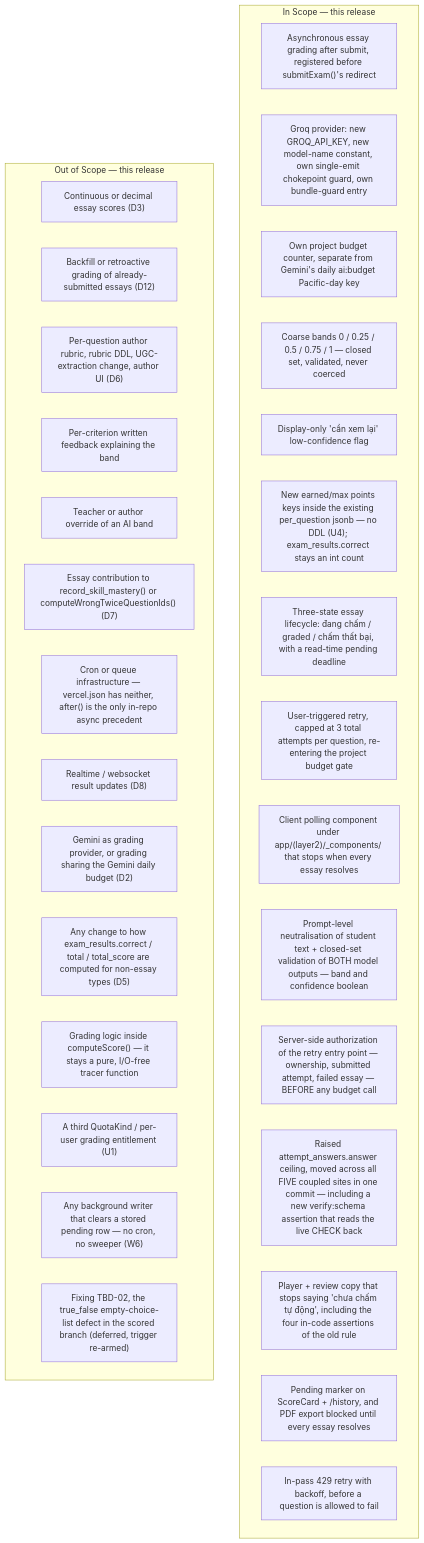
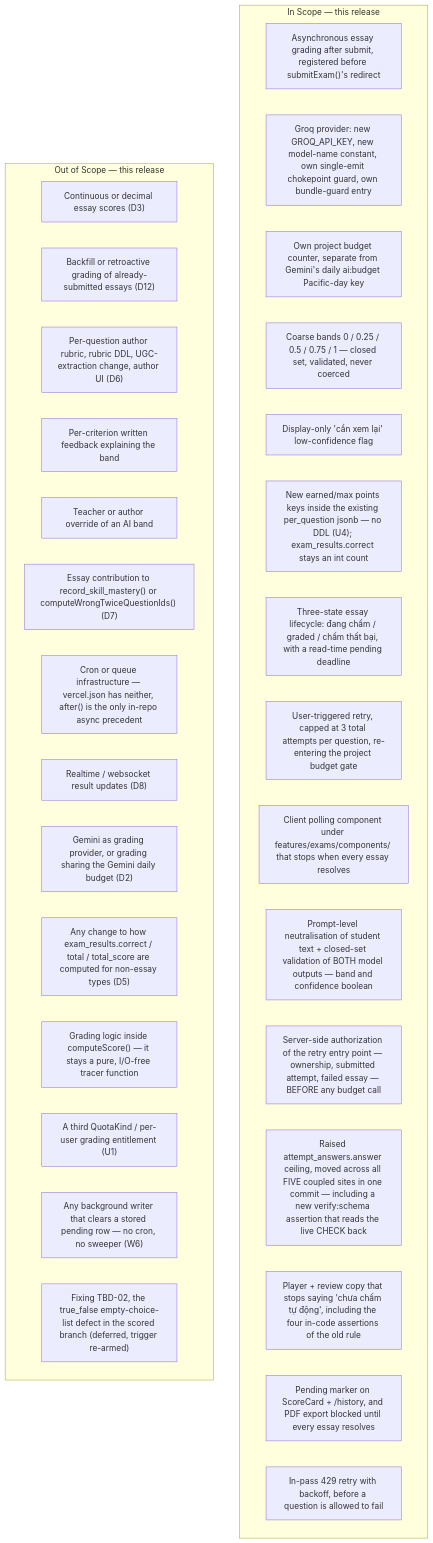
The second of 2 diagrams in docs/prd/essay-auto-scoring-prd.md (undetecteddeveloper/MS-MOLAR), drawn with Mermaid before and after one commit. The commit also changed other lines of this file and 142 other files, not shown here.

````diff
--- a/docs/prd/essay-auto-scoring-prd.md
+++ b/docs/prd/essay-auto-scoring-prd.md
@@ -219,36 +219,36 @@
 ```mermaid
 flowchart TB
     subgraph IN["In Scope — this release"]
         A["Asynchronous essay grading after submit, registered before submitExam()'s redirect"]
         B["Groq provider: new GROQ_API_KEY, new model-name constant, own single-emit chokepoint guard, own bundle-guard entry"]
         C["Own project budget counter, separate from Gemini's daily ai:budget Pacific-day key"]
         D["Coarse bands 0 / 0.25 / 0.5 / 0.75 / 1 — closed set, validated, never coerced"]
         E["Display-only 'cần xem lại' low-confidence flag"]
         F["New earned/max points keys inside the existing per_question jsonb — no DDL (U4); exam_results.correct stays an int count"]
         G["Three-state essay lifecycle: đang chấm / graded / chấm thất bại, with a read-time pending deadline"]
         H["User-triggered retry, capped at 3 total attempts per question, re-entering the project budget gate"]
-        I["Client polling component under app/(layer2)/_components/ that stops when every essay resolves"]
+        I["Client polling component under features/exams/components/ that stops when every essay resolves"]
         J["Prompt-level neutralisation of student text + closed-set validation of BOTH model outputs — band and confidence boolean"]
         AC["Server-side authorization of the retry entry point — ownership, submitted attempt, failed essay — BEFORE any budget call"]
         K["Raised attempt_answers.answer ceiling, moved across all FIVE coupled sites in one commit — including a new verify:schema assertion that reads the live CHECK back"]
         L["Player + review copy that stops saying 'chưa chấm tự động', including the four in-code assertions of the old rule"]
         X["Pending marker on ScoreCard + /history, and PDF export blocked until every essay resolves"]
         Y["In-pass 429 retry with backoff, before a question is allowed to fail"]
     end
     subgraph OUT["Out of Scope — this release"]
         M["Continuous or decimal essay scores (D3)"]
         N["Backfill or retroactive grading of already-submitted essays (D12)"]
         O["Per-question author rubric, rubric DDL, UGC-extraction change, author UI (D6)"]
         P["Per-criterion written feedback explaining the band"]
         Q["Teacher or author override of an AI band"]
         R["Essay contribution to record_skill_mastery() or computeWrongTwiceQuestionIds() (D7)"]
         S["Cron or queue infrastructure — vercel.json has neither, after() is the only in-repo async precedent"]
         T["Realtime / websocket result updates (D8)"]
         U["Gemini as grading provider, or grading sharing the Gemini daily budget (D2)"]
         V["Any change to how exam_results.correct / total / total_score are computed for non-essay types (D5)"]
         W["Grading logic inside computeScore() — it stays a pure, I/O-free tracer function"]
         Z["A third QuotaKind / per-user grading entitlement (U1)"]
         AA["Any background writer that clears a stored pending row — no cron, no sweeper (W6)"]
         AB["Fixing TBD-02, the true_false empty-choice-list defect in the scored branch (deferred, trigger re-armed)"]
     end
 ```
````
